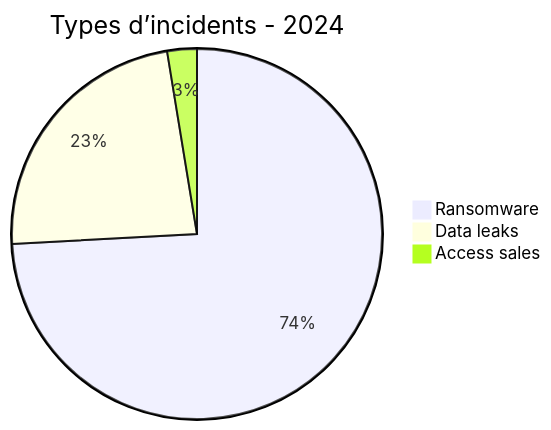
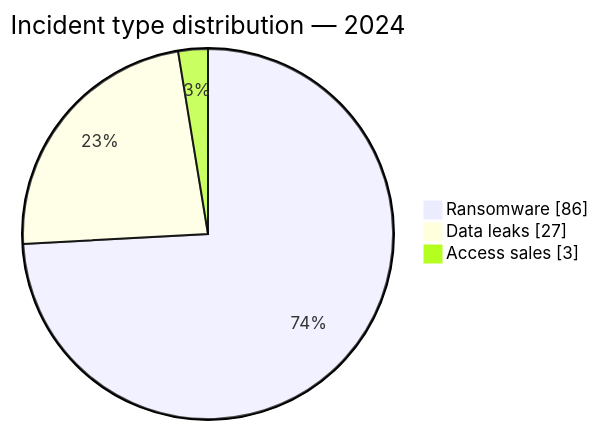
Before and after one commit to Hatchepsoute/AFRINTEL: the second of 3 diagrams in CyberAttackAfrica/2024/README.md, drawn with Mermaid. The commit also changed other lines of this file and 109 other files, not shown here.

````diff
--- a/CyberAttackAfrica/2024/README.md
+++ b/CyberAttackAfrica/2024/README.md
@@ -82,7 +66,7 @@
 ```mermaid
-pie
-    title Types d’incidents - 2024
+pie showData
+    title Incident type distribution — 2024
     "Ransomware" : 86
     "Data leaks" : 27
     "Access sales" : 3
 ```
````
